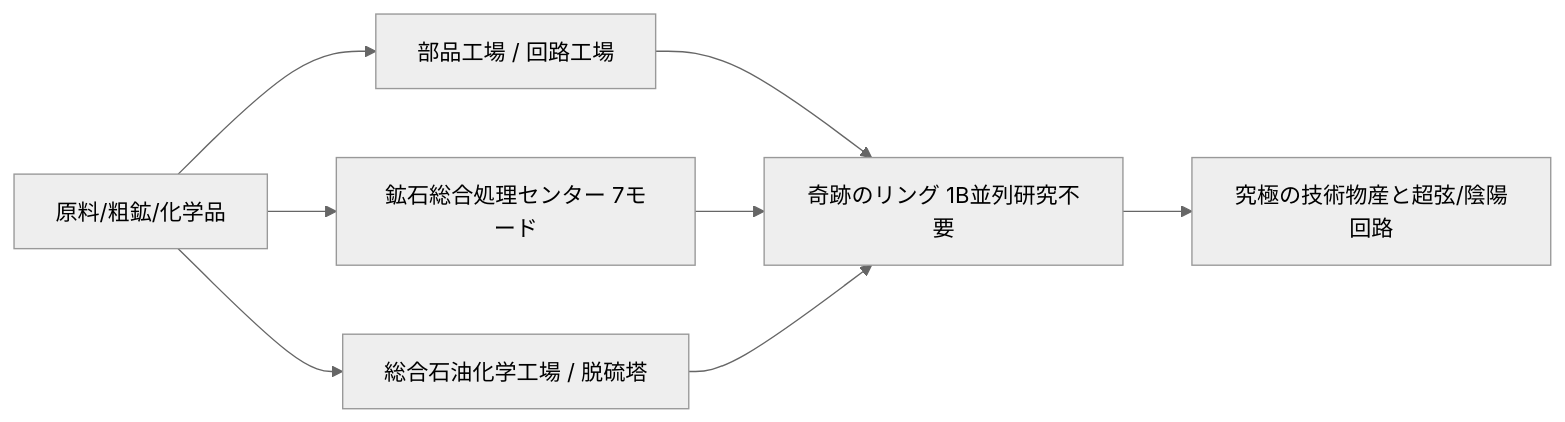
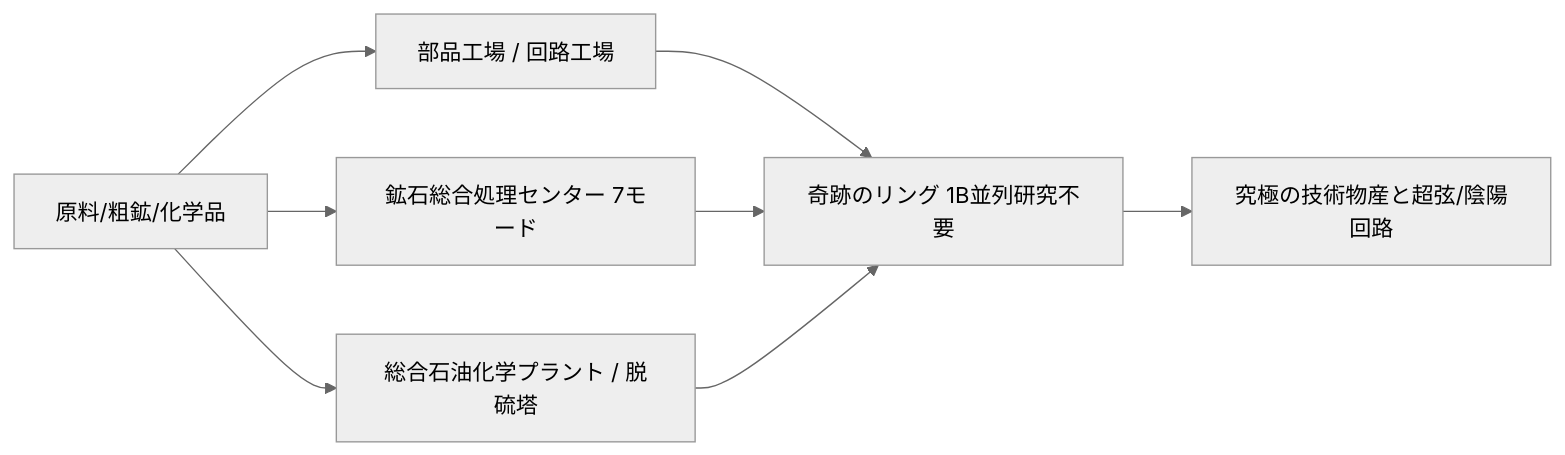
The diagram in docs/ja/gtecore/machines-and-multiblocks.md (takanashisatou/GregtechEasy), drawn with Mermaid (neutral theme) before and after one commit. The commit also changed other lines of this file and 138 other files, not shown here.

````diff
--- a/docs/ja/gtecore/machines-and-multiblocks.md
+++ b/docs/ja/gtecore/machines-and-multiblocks.md
@@ -27,8 +27,8 @@
 ```mermaid
 graph LR
     A[原料/粗鉱/化学品] --> B[部品工場 / 回路工場]
     A --> C[鉱石総合処理センター 7モード]
-    A --> D[総合石油化学工場 / 脱硫塔]
+    A --> D[総合石油化学プラント / 脱硫塔]
     B & C & D --> E[奇跡のリング 1B並列研究不要]
     E --> F[究極の技術物産と超弦/陰陽回路]
 ```
````
